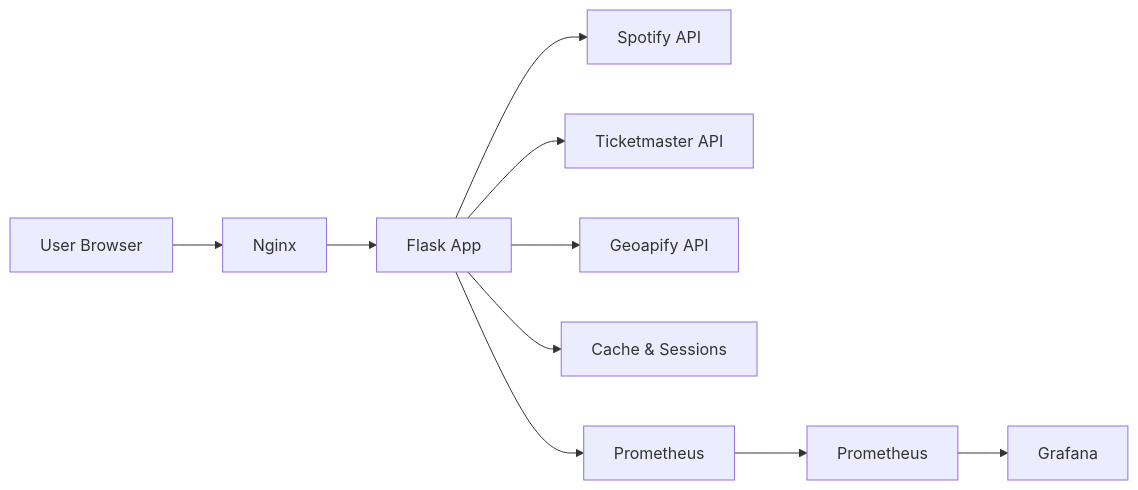
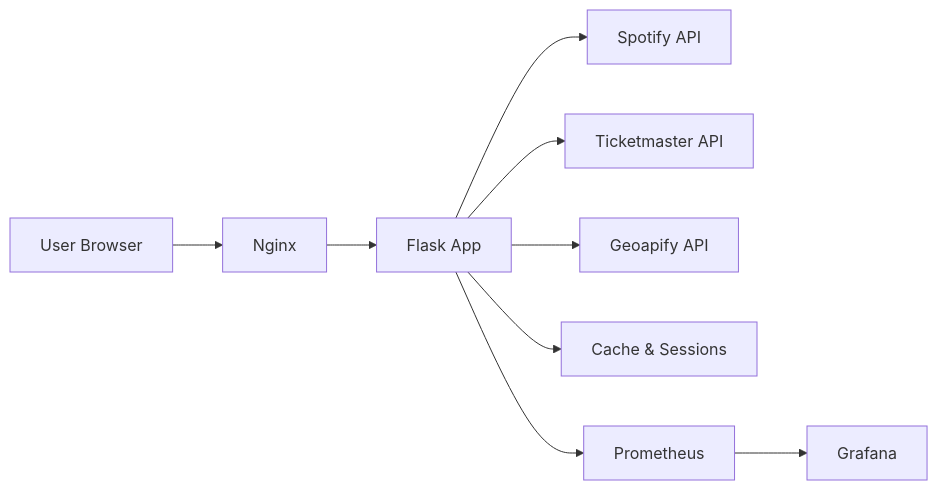
Before and after one commit to zivhm/StageScout: the second of 3 diagrams in README.md, drawn with Mermaid.

````diff
--- a/README.md
+++ b/README.md
@@ -114,12 +114,11 @@
 ```mermaid
 flowchart LR
     U[User Browser] --> N[Nginx]
     N --> A[Flask App]
     A --> S[Spotify API]
     A --> T[Ticketmaster API]
     A --> G[Geoapify API]
     A --> C[Cache & Sessions]
     A --> M[Prometheus]
-    M --> P[Prometheus]
-    P --> G2[Grafana]
+    M --> P[Grafana]
 ```
````
